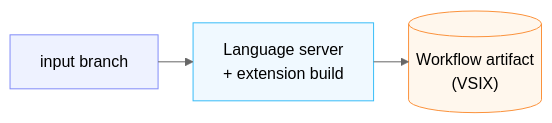
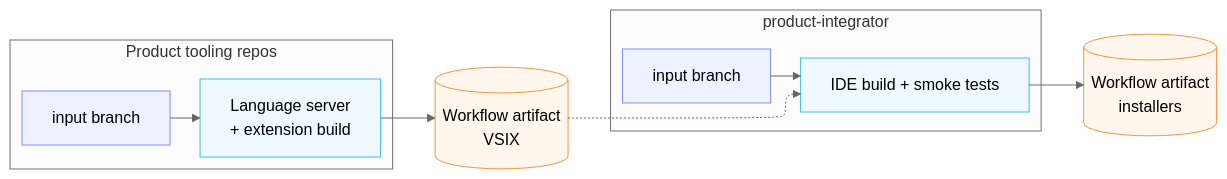
Before and after one commit to wso2/product-integrator: the third of 5 diagrams in docs/cicd-pipelines.md, drawn with Mermaid (neutral theme). The commit also changed other lines of this file and 4 other files, not shown here.

````diff
--- a/docs/cicd-pipelines.md
+++ b/docs/cicd-pipelines.md
@@ -61,9 +59,18 @@
 ```mermaid
 %%{init: {"layout": "elk"}}%%
 graph LR
-    B["input branch"]:::trigger --> PB["Language server<br>+ extension build"]:::stage
-    PB --> VA[("Workflow artifact<br>(VSIX)")]:::artifact
+    subgraph TOOL["Product tooling repos"]
+        PB["input branch"]:::trigger --> PBUILD["Language server<br>+ extension build"]:::stage
+    end
+
+    subgraph DIST["product-integrator"]
+        B["input branch"]:::trigger --> AS["IDE build + smoke tests"]:::stage
+    end
+
+    PBUILD --> VA[("Workflow artifact<br>VSIX")]:::artifact
+    VA -.-> AS
+    AS --> IA[("Workflow artifact<br>installers")]:::artifact
     classDef trigger stroke:#818cf8,fill:#eef2ff
     classDef stage stroke:#38bdf8,fill:#f0f9ff
     classDef artifact stroke:#fb923c,fill:#fff7ed
 ```
````
